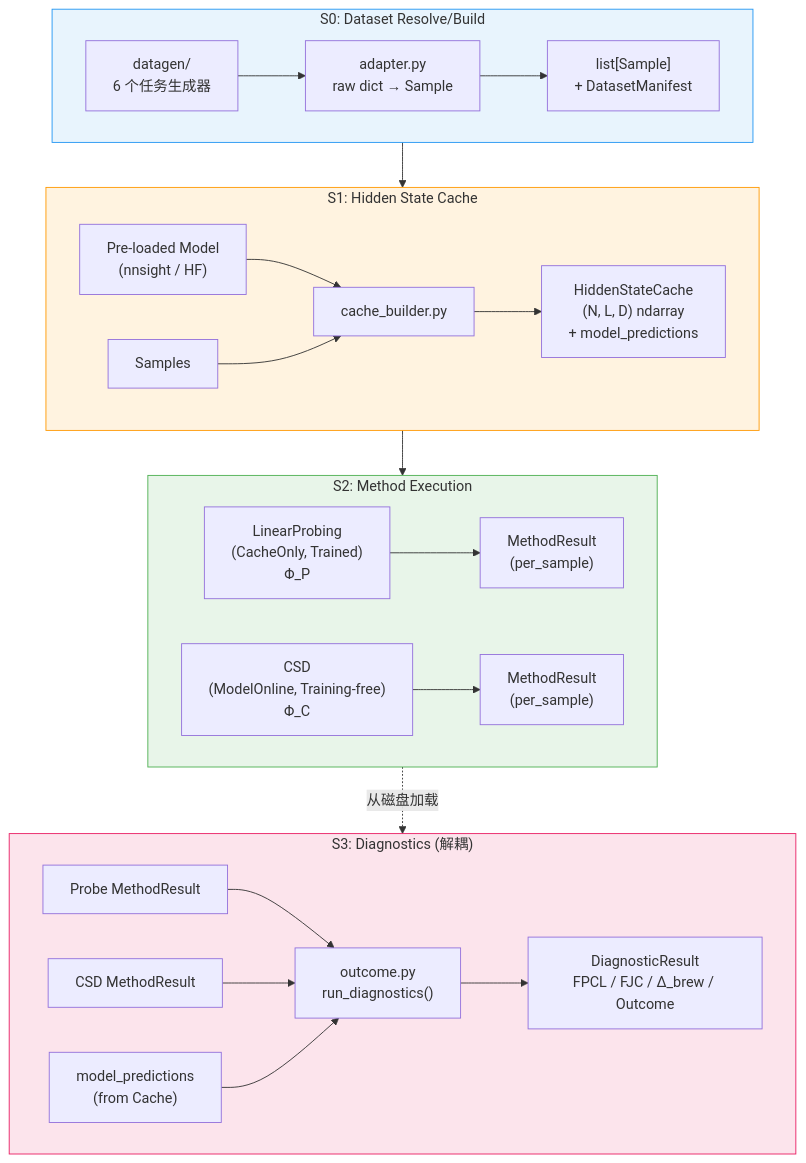
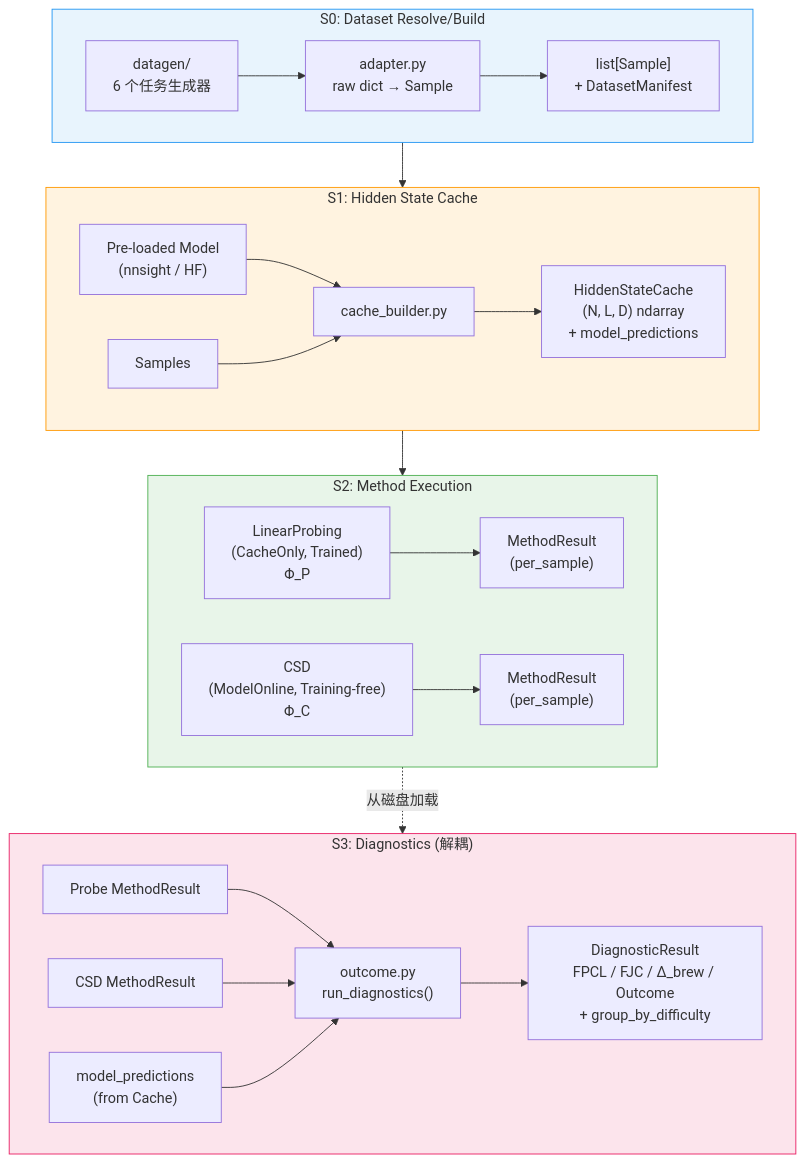
One commit to euyis1019/llm-brewing changed the third of 10 diagrams in docs/project_overview.md. Above: the diagram before and after it, drawn with Mermaid. The commit also changed other lines of this file and 2 other files, not shown here.

````diff
--- a/docs/project_overview.md
+++ b/docs/project_overview.md
@@ -39,38 +39,38 @@
 ```mermaid
 flowchart TB
     subgraph S0["S0: Dataset Resolve/Build"]
         direction LR
         DataGen["datagen/\n6 个任务生成器"] --> Adapter["adapter.py\nraw dict → Sample"]
         Adapter --> Samples["list[Sample]\n+ DatasetManifest"]
     end
 
     subgraph S1["S1: Hidden State Cache"]
         direction LR
         Model["Pre-loaded Model\n(nnsight / HF)"] --> CacheBuilder["cache_builder.py"]
         Samples2["Samples"] --> CacheBuilder
         CacheBuilder --> Cache["HiddenStateCache\n(N, L, D) ndarray\n+ model_predictions"]
     end
 
     subgraph S2["S2: Method Execution"]
         direction LR
         LP["LinearProbing\n(CacheOnly, Trained)\nΦ_P"] --> MR1["MethodResult\n(per_sample)"]
         CSD_M["CSD\n(ModelOnline, Training-free)\nΦ_C"] --> MR2["MethodResult\n(per_sample)"]
     end
 
     subgraph S3["S3: Diagnostics (解耦)"]
         direction LR
         MR1b["Probe MethodResult"] --> Diag["outcome.py\nrun_diagnostics()"]
         MR2b["CSD MethodResult"] --> Diag
         Preds["model_predictions\n(from Cache)"] --> Diag
-        Diag --> DR["DiagnosticResult\nFPCL / FJC / Δ_brew / Outcome"]
+        Diag --> DR["DiagnosticResult\nFPCL / FJC / Δ_brew / Outcome\n+ group_by_difficulty"]
     end
 
     S0 --> S1
     S1 --> S2
     S2 -.->|"从磁盘加载"| S3
 
     style S0 fill:#e8f4fd,stroke:#2196f3
     style S1 fill:#fff3e0,stroke:#ff9800
     style S2 fill:#e8f5e9,stroke:#4caf50
     style S3 fill:#fce4ec,stroke:#e91e63
 ```
````
